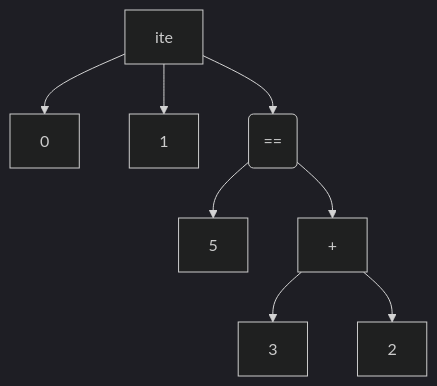
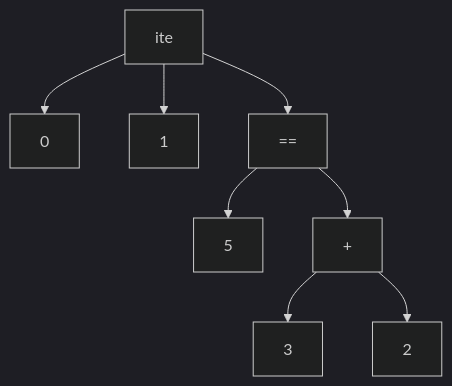
The second of 2 diagrams in Paradigmi di programmazione/OCaml/Inteprete.md (SuperSamus/appunti-universitari), drawn with Mermaid (dark theme) before and after one commit. The commit also changed other lines of this file, not shown here.

````diff
--- a/Paradigmi di programmazione/OCaml/Inteprete.md
+++ b/Paradigmi di programmazione/OCaml/Inteprete.md
@@ -130,6 +140,6 @@
 ```mermaid
 flowchart TB
-ite --> eq(==) & 0 & 1
+ite --> eq[==] & 0 & 1
 eq --> + & 5
 + --> 3 & 2
 ```
````
